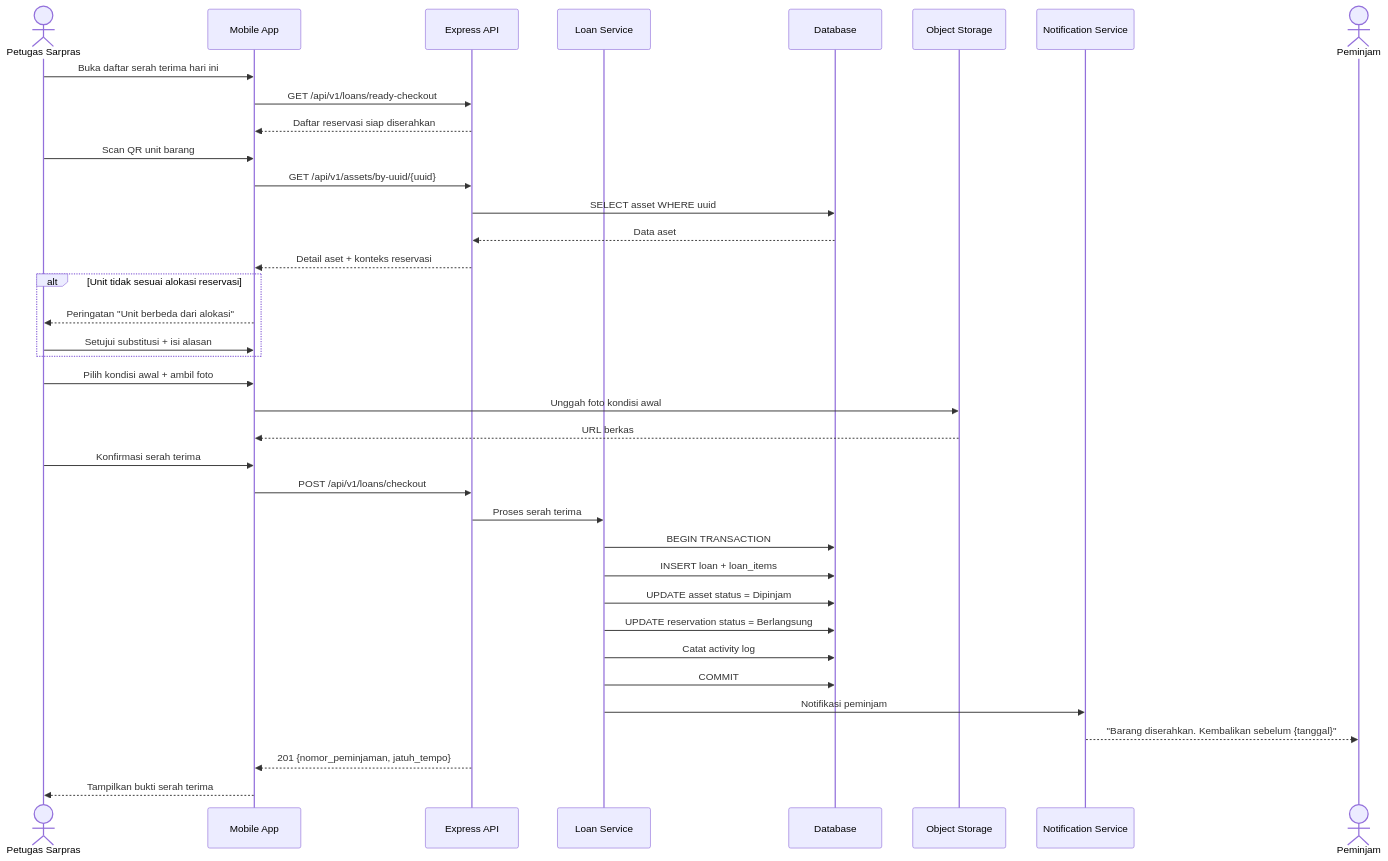
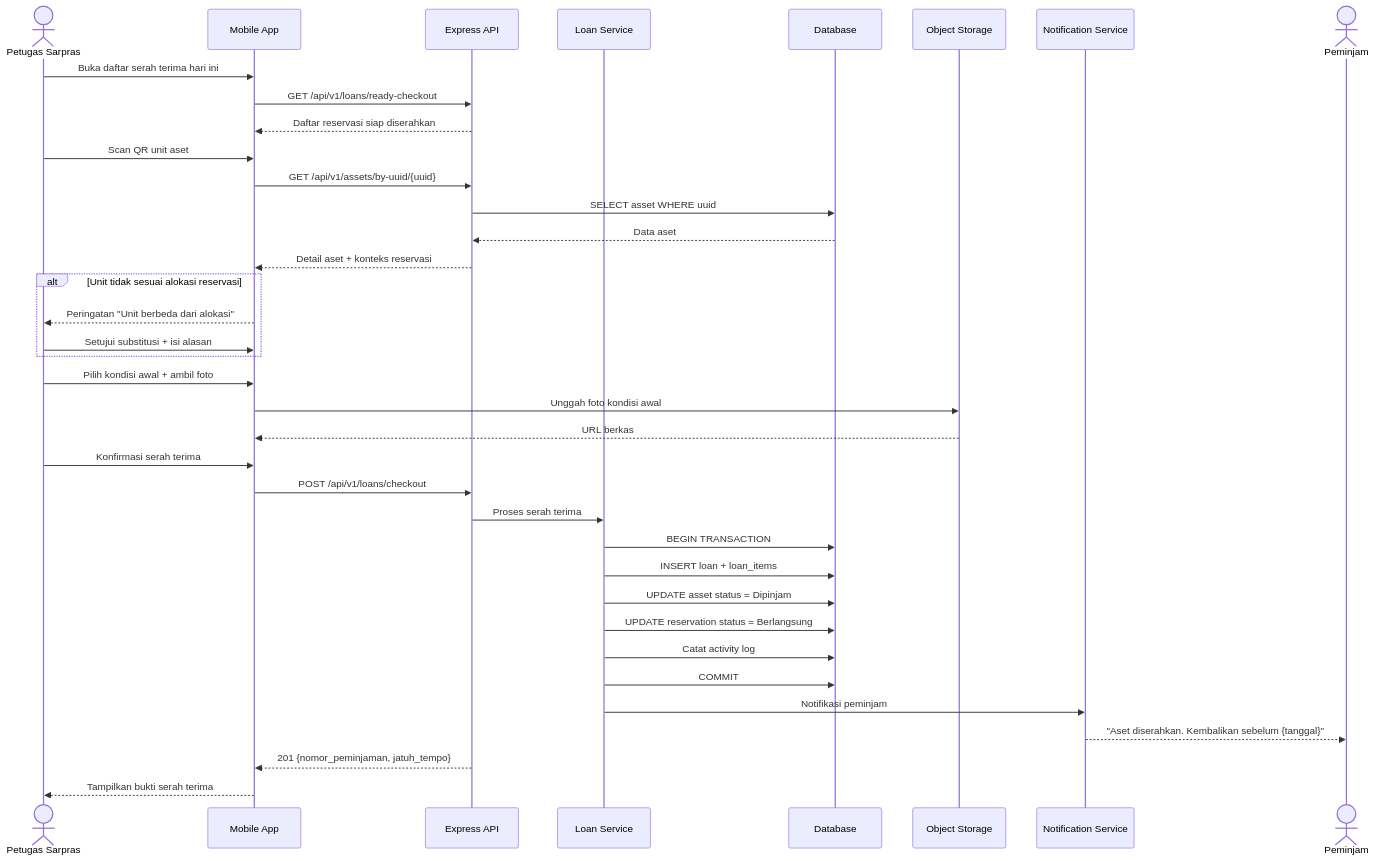
The first of 3 diagrams in docs/PRD/02-modules/m09-loans.md (HanzzzBD/SIGM4), drawn with Mermaid before and after one commit. The commit also changed other lines of this file and 79 other files, not shown here.

````diff
--- a/docs/PRD/02-modules/m09-loans.md
+++ b/docs/PRD/02-modules/m09-loans.md
@@ -29,43 +29,43 @@
 ```mermaid
 sequenceDiagram
     actor S as Petugas Sarpras
     participant M as Mobile App
     participant API as Express API
     participant LOAN as Loan Service
     participant DB as Database
     participant OBJ as Object Storage
     participant NOTIF as Notification Service
     actor P as Peminjam
 
     S->>M: Buka daftar serah terima hari ini
     M->>API: GET /api/v1/loans/ready-checkout
     API-->>M: Daftar reservasi siap diserahkan
 
-    S->>M: Scan QR unit barang
+    S->>M: Scan QR unit aset
     M->>API: GET /api/v1/assets/by-uuid/{uuid}
     API->>DB: SELECT asset WHERE uuid
     DB-->>API: Data aset
     API-->>M: Detail aset + konteks reservasi
 
     alt Unit tidak sesuai alokasi reservasi
         M-->>S: Peringatan "Unit berbeda dari alokasi"
         S->>M: Setujui substitusi + isi alasan
     end
 
     S->>M: Pilih kondisi awal + ambil foto
     M->>OBJ: Unggah foto kondisi awal
     OBJ-->>M: URL berkas
     S->>M: Konfirmasi serah terima
     M->>API: POST /api/v1/loans/checkout
     API->>LOAN: Proses serah terima
     LOAN->>DB: BEGIN TRANSACTION
     LOAN->>DB: INSERT loan + loan_items
     LOAN->>DB: UPDATE asset status = Dipinjam
     LOAN->>DB: UPDATE reservation status = Berlangsung
     LOAN->>DB: Catat activity log
     LOAN->>DB: COMMIT
     LOAN->>NOTIF: Notifikasi peminjam
-    NOTIF-->>P: "Barang diserahkan. Kembalikan sebelum {tanggal}"
+    NOTIF-->>P: "Aset diserahkan. Kembalikan sebelum {tanggal}"
     API-->>M: 201 {nomor_peminjaman, jatuh_tempo}
     M-->>S: Tampilkan bukti serah terima
 ```
````
